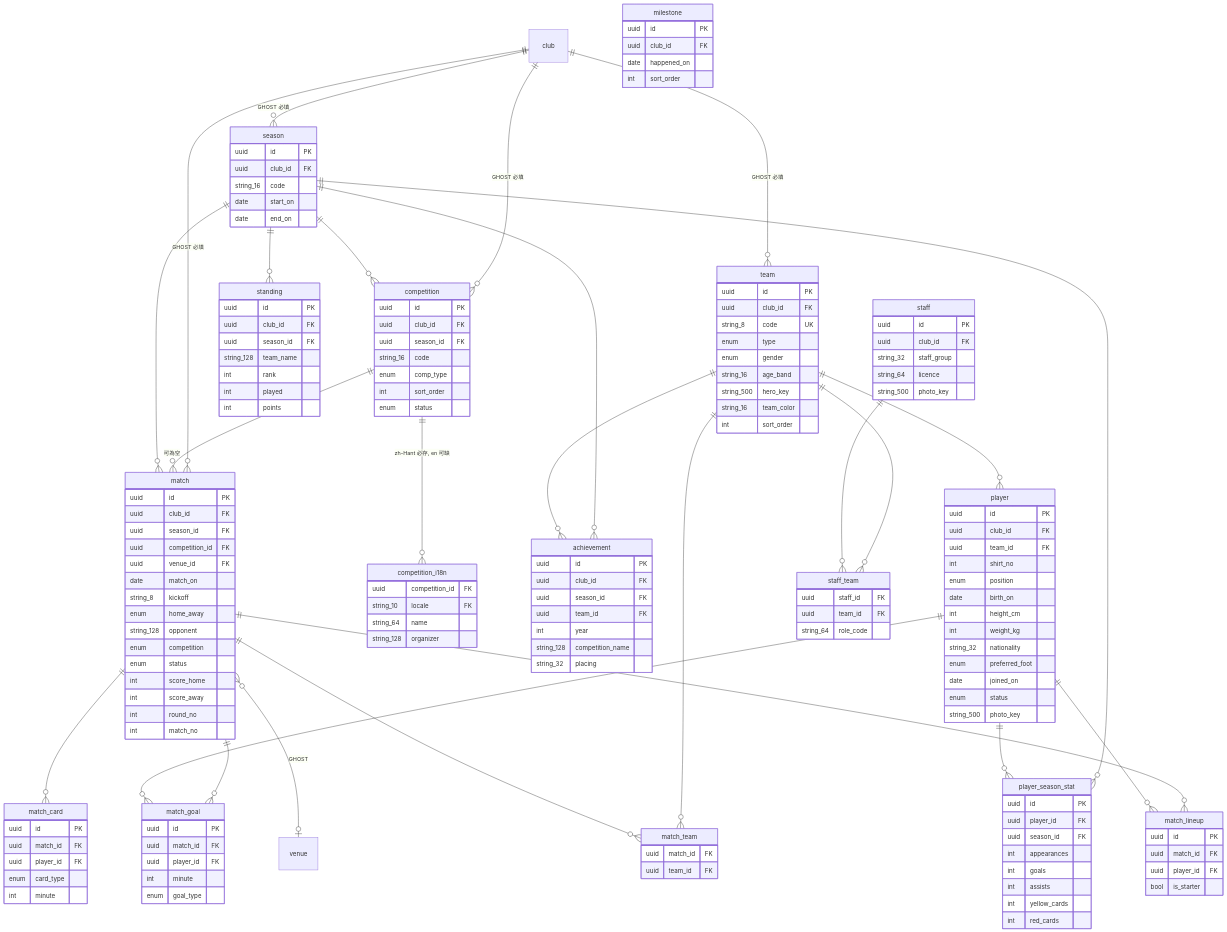
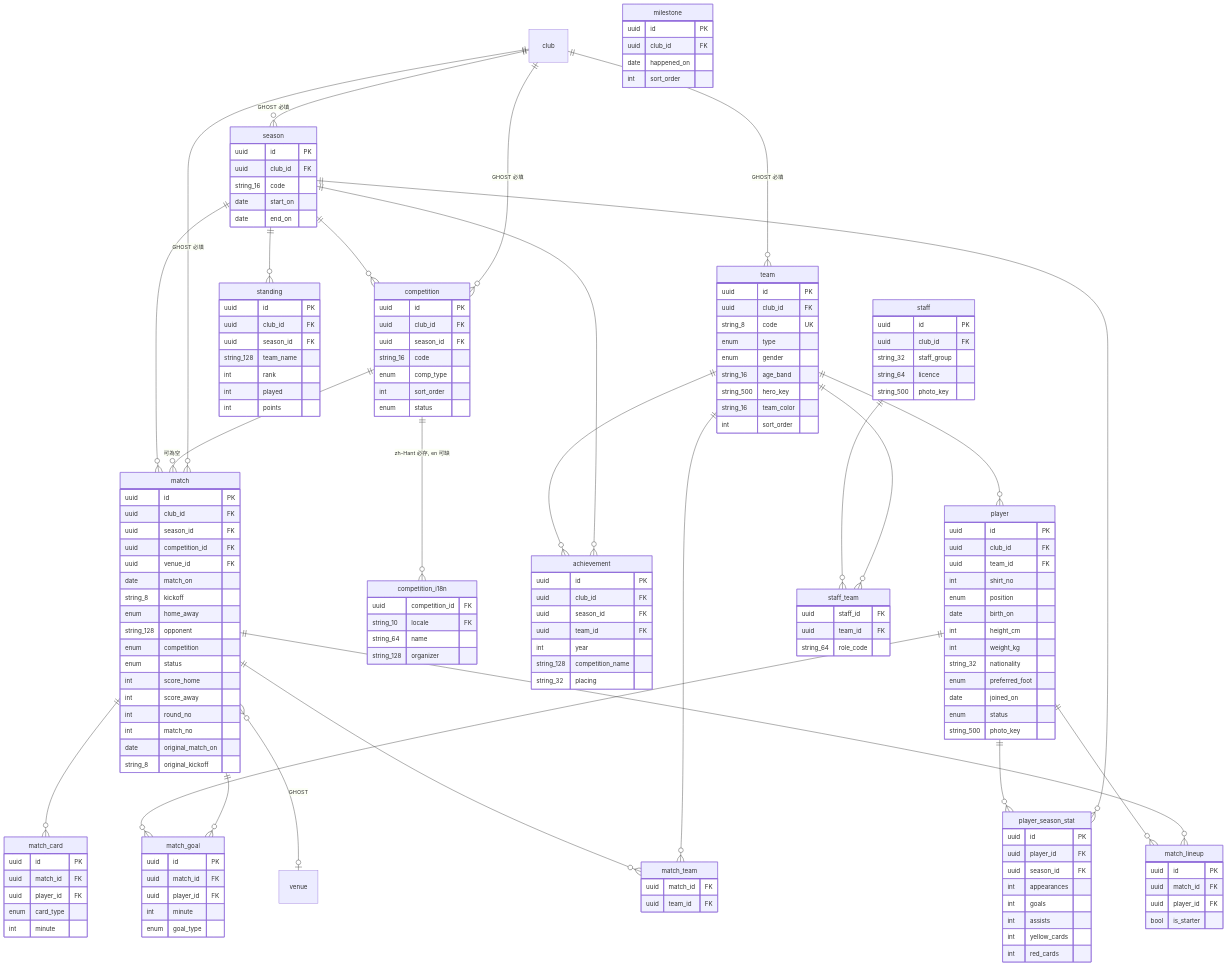
The third of 16 diagrams in docs/12a-database-erd.md (waiting0201/tcrfc), drawn with Mermaid before and after one commit. The commit also changed 25 other files, not shown here.

```diff
--- a/docs/12a-database-erd.md
+++ b/docs/12a-database-erd.md
@@ -303,6 +303,8 @@
     int score_away
     int round_no
     int match_no
+    date original_match_on
+    string_8 original_kickoff
   }
   match_team {
     uuid match_id FK
```
